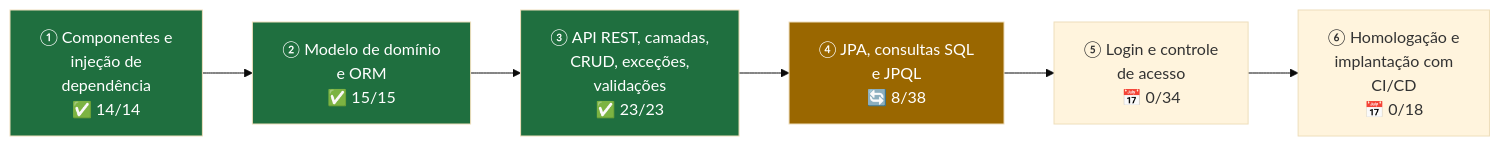
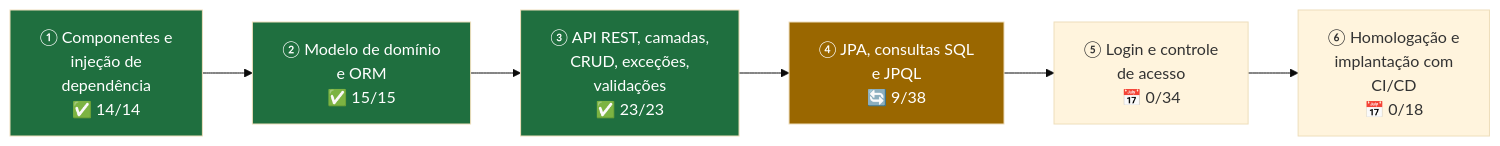
Before and after one commit to k3vinrich4rd/k3vinrich4rd: diagram 20 of 22 in README.md, drawn with Mermaid (base theme). The commit also changed other lines of this file and 5 other files, not shown here.

````diff
--- a/README.md
+++ b/README.md
@@ -2500,8 +2502,8 @@
 ```mermaid
 flowchart LR
-    C1["① Componentes e<br/>injeção de<br/>dependência<br/>✅ 14/14"] --> C2["② Modelo de domínio<br/>e ORM<br/>✅ 15/15"] --> C3["③ API REST, camadas,<br/>CRUD, exceções,<br/>validações<br/>✅ 23/23"] --> C4["④ JPA, consultas SQL<br/>e JPQL<br/>🔄 8/38"] --> C5["⑤ Login e controle<br/>de acesso<br/>📅 0/34"] --> C6["⑥ Homologação e<br/>implantação com<br/>CI/CD<br/>📅 0/18"]
+    C1["① Componentes e<br/>injeção de<br/>dependência<br/>✅ 14/14"] --> C2["② Modelo de domínio<br/>e ORM<br/>✅ 15/15"] --> C3["③ API REST, camadas,<br/>CRUD, exceções,<br/>validações<br/>✅ 23/23"] --> C4["④ JPA, consultas SQL<br/>e JPQL<br/>🔄 9/38"] --> C5["⑤ Login e controle<br/>de acesso<br/>📅 0/34"] --> C6["⑥ Homologação e<br/>implantação com<br/>CI/CD<br/>📅 0/18"]
     style C1 fill:#1f6f3f,color:#fff
     style C2 fill:#1f6f3f,color:#fff
     style C3 fill:#1f6f3f,color:#fff
     style C4 fill:#9a6700,color:#fff
 ```
````
